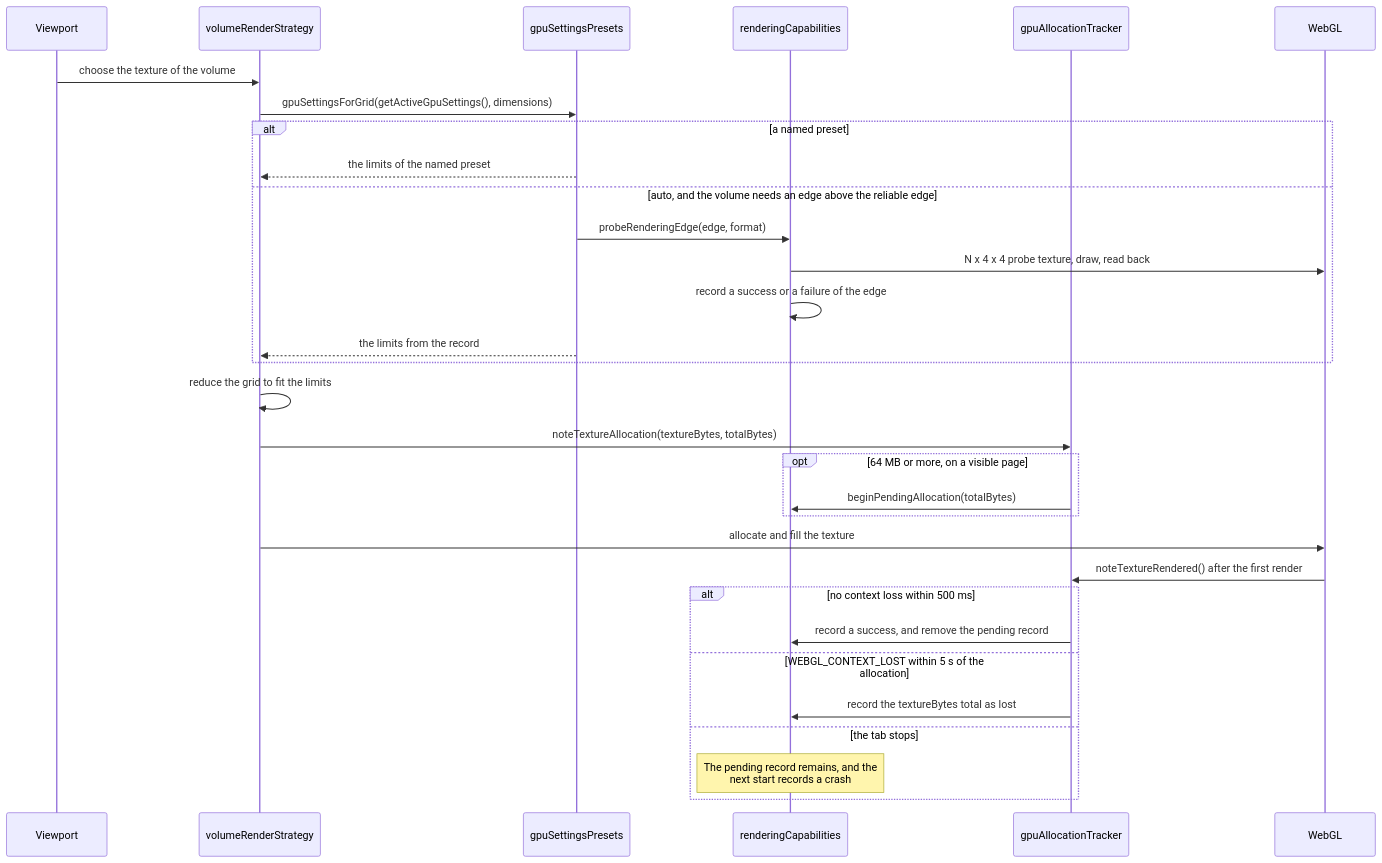
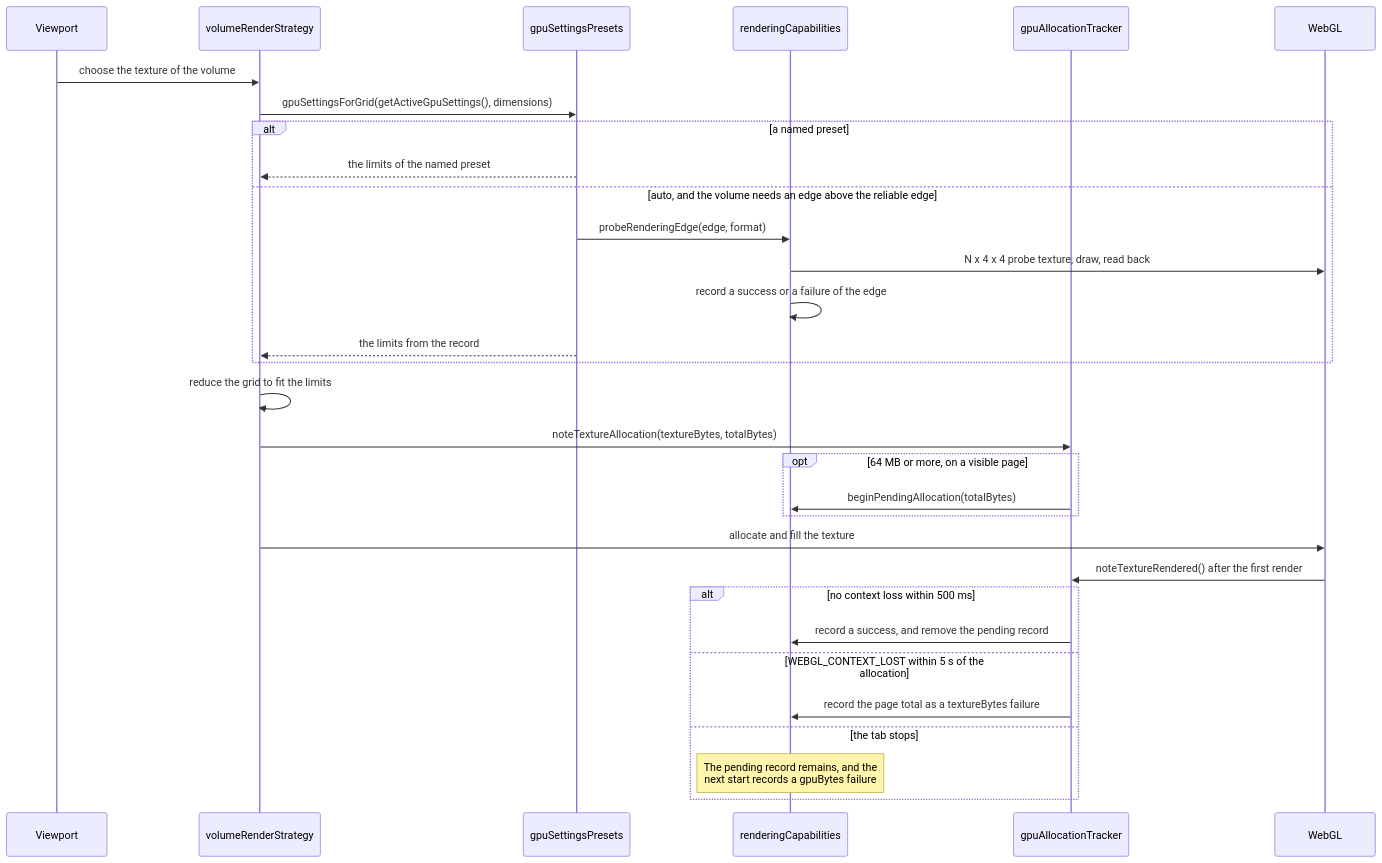
The second of 3 diagrams in packages/docs/docs/specs/core/gpu-device-limits.md (cornerstonejs/cornerstone3D), drawn with Mermaid before and after one commit. The commit also changed other lines of this file and 15 other files, not shown here.

First line of the commit message:
feat(core): count the GPU memory of the page, and lower the auto memory limit only after repeated failures

````diff
--- a/packages/docs/docs/specs/core/gpu-device-limits.md
+++ b/packages/docs/docs/specs/core/gpu-device-limits.md
@@ -176,34 +198,34 @@
 ```mermaid
 sequenceDiagram
     participant VP as Viewport
     participant Strat as volumeRenderStrategy
     participant Prof as gpuSettingsPresets
     participant RC as renderingCapabilities
     participant Track as gpuAllocationTracker
     participant GPU as WebGL
 
     VP->>Strat: choose the texture of the volume
     Strat->>Prof: gpuSettingsForGrid(getActiveGpuSettings(), dimensions)
     alt a named preset
         Prof-->>Strat: the limits of the named preset
     else auto, and the volume needs an edge above the reliable edge
         Prof->>RC: probeRenderingEdge(edge, format)
         RC->>GPU: N x 4 x 4 probe texture, draw, read back
         RC->>RC: record a success or a failure of the edge
         Prof-->>Strat: the limits from the record
     end
     Strat->>Strat: reduce the grid to fit the limits
     Strat->>Track: noteTextureAllocation(textureBytes, totalBytes)
     opt 64 MB or more, on a visible page
         Track->>RC: beginPendingAllocation(totalBytes)
     end
     Strat->>GPU: allocate and fill the texture
     GPU->>Track: noteTextureRendered() after the first render
     alt no context loss within 500 ms
         Track->>RC: record a success, and remove the pending record
     else WEBGL_CONTEXT_LOST within 5 s of the allocation
-        Track->>RC: record the textureBytes total as lost
+        Track->>RC: record the page total as a textureBytes failure
     else the tab stops
-        Note over RC: The pending record remains, and the<br/>next start records a crash
+        Note over RC: The pending record remains, and the<br/>next start records a gpuBytes failure
     end
 ```
````
